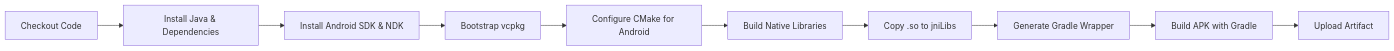
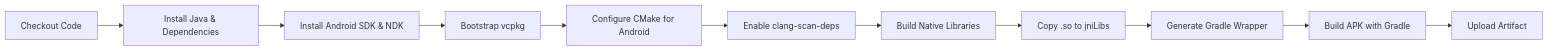
One commit to hsmbanlance/HsBaSlicer changed the seventh of 9 diagrams in .qoder/repowiki/zh/content/构建与部署/Android 构建指南.md. Above: the diagram before and after it, drawn with Mermaid. The commit also changed other lines of this file and 19 other files, not shown here.

````diff
--- a/.qoder/repowiki/zh/content/构建与部署/Android 构建指南.md
+++ b/.qoder/repowiki/zh/content/构建与部署/Android 构建指南.md
@@ -293,12 +298,13 @@
 ```mermaid
 flowchart LR
 A[Checkout Code] --> B[Install Java & Dependencies]
 B --> C[Install Android SDK & NDK]
 C --> D[Bootstrap vcpkg]
 D --> E[Configure CMake for Android]
-E --> F[Build Native Libraries]
-F --> G[Copy .so to jniLibs]
-G --> H[Generate Gradle Wrapper]
-H --> I[Build APK with Gradle]
-I --> J[Upload Artifact]
+E --> F[Enable clang-scan-deps]
+F --> G[Build Native Libraries]
+G --> H[Copy .so to jniLibs]
+H --> I[Generate Gradle Wrapper]
+I --> J[Build APK with Gradle]
+J --> K[Upload Artifact]
 ```
````
